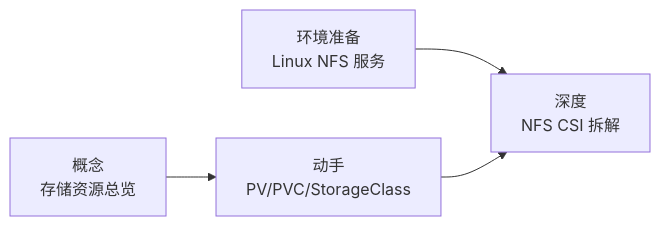
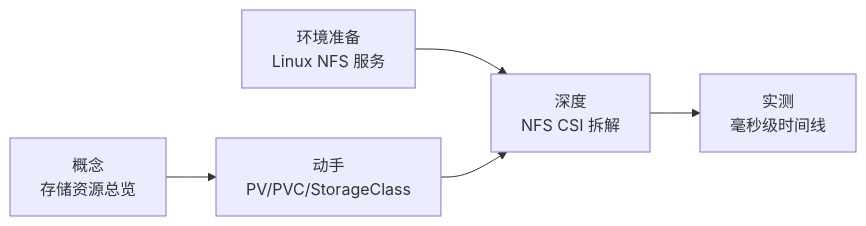
One commit to hfei929/1hair-labs changed the diagram in docs/kubernetes/architecture/storage/index.md. Above: the diagram before and after it, drawn with Mermaid. The commit also changed other lines of this file and 4 other files, not shown here.

````diff
--- a/docs/kubernetes/architecture/storage/index.md
+++ b/docs/kubernetes/architecture/storage/index.md
@@ -23,6 +24,7 @@
 ```mermaid
 flowchart LR
     A["概念<br/>存储资源总览"] --> B["动手<br/>PV/PVC/StorageClass"]
     C["环境准备<br/>Linux NFS 服务"] --> D["深度<br/>NFS CSI 拆解"]
     B --> D
+    D --> E["实测<br/>毫秒级时间线"]
 ```
````
